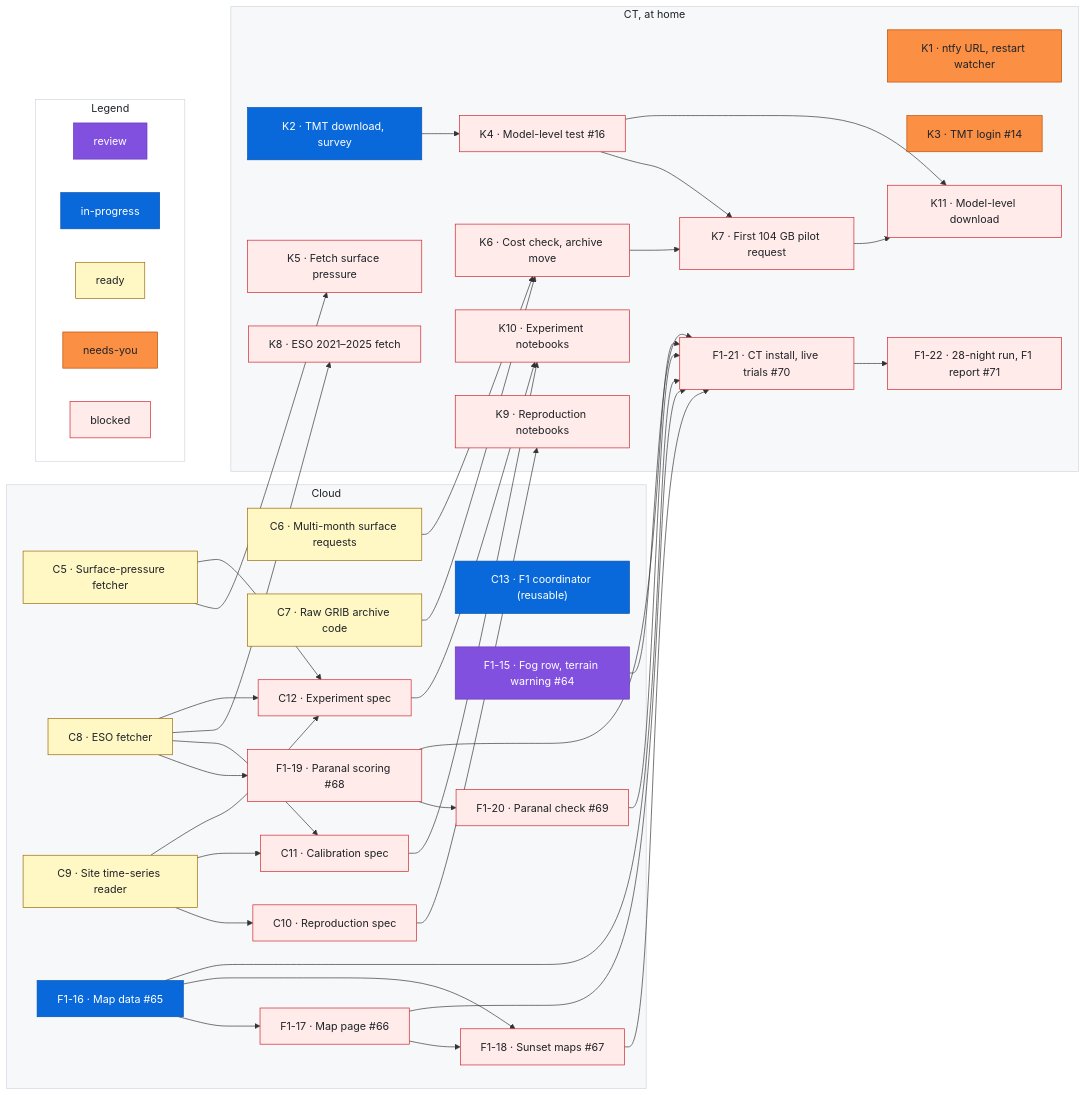
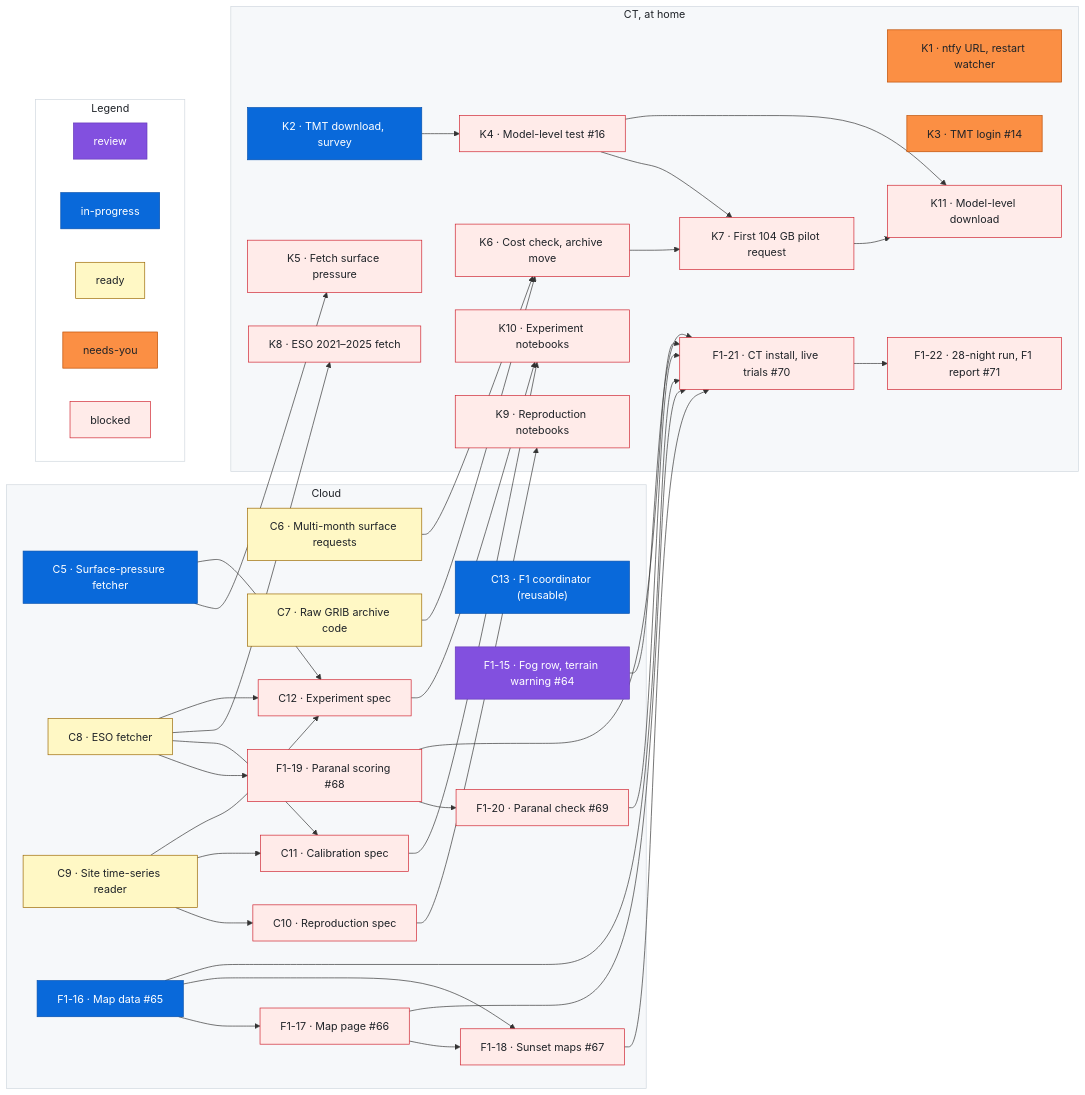
The diagram in docs/roadmap.md (rrweller/Astro-seeing), drawn with Mermaid before and after one commit. The commit also changed other lines of this file, not shown here.

Commit message:
roadmap: C5 ready → in-progress
Ticket: #93

```diff
--- a/docs/roadmap.md
+++ b/docs/roadmap.md
@@ -157,7 +157,7 @@
   classDef needsyou fill:#fb8f44,stroke:#bc4c00,color:#1f2328
   classDef blocked fill:#ffebe9,stroke:#cf222e,color:#1f2328
   %% Status lines: one per item, each followed by a `%% ---` spacer. Sessions change only the last word.
-  class C5 ready
+  class C5 inprogress
   %% ---
   class C6 ready
   %% ---
```
